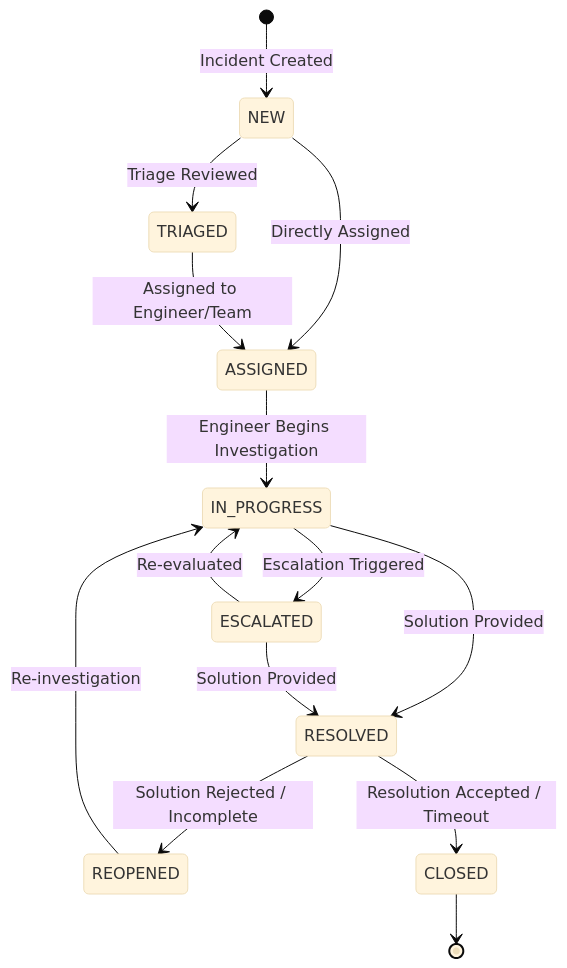
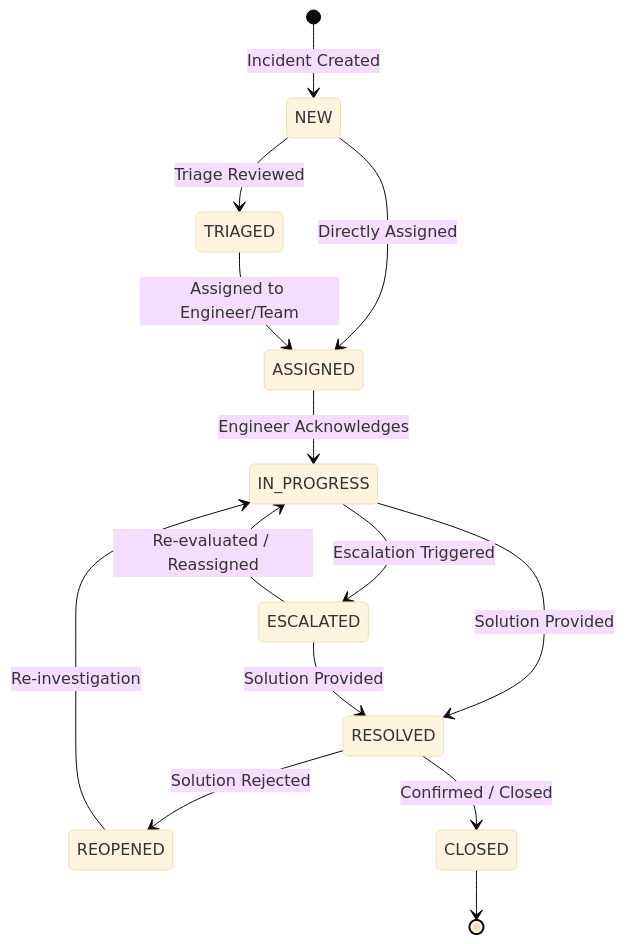
The second of 2 diagrams in README.md (shanmukhveeravalli/ResolveAI), drawn with Mermaid (base theme) before and after one commit. The commit also changed other lines of this file and 6 other files, not shown here.

````diff
--- a/README.md
+++ b/README.md
@@ -102,16 +187,16 @@
 ```mermaid
 stateDiagram-v2
     [*] --> NEW : Incident Created
     NEW --> TRIAGED : Triage Reviewed
     NEW --> ASSIGNED : Directly Assigned
     TRIAGED --> ASSIGNED : Assigned to Engineer/Team
-    ASSIGNED --> IN_PROGRESS : Engineer Begins Investigation
+    ASSIGNED --> IN_PROGRESS : Engineer Acknowledges
     IN_PROGRESS --> ESCALATED : Escalation Triggered
-    ESCALATED --> IN_PROGRESS : Re-evaluated
+    ESCALATED --> IN_PROGRESS : Re-evaluated / Reassigned
     IN_PROGRESS --> RESOLVED : Solution Provided
     ESCALATED --> RESOLVED : Solution Provided
-    RESOLVED --> REOPENED : Solution Rejected / Incomplete
+    RESOLVED --> REOPENED : Solution Rejected
     REOPENED --> IN_PROGRESS : Re-investigation
-    RESOLVED --> CLOSED : Resolution Accepted / Timeout
+    RESOLVED --> CLOSED : Confirmed / Closed
     CLOSED --> [*]
 ```
````
